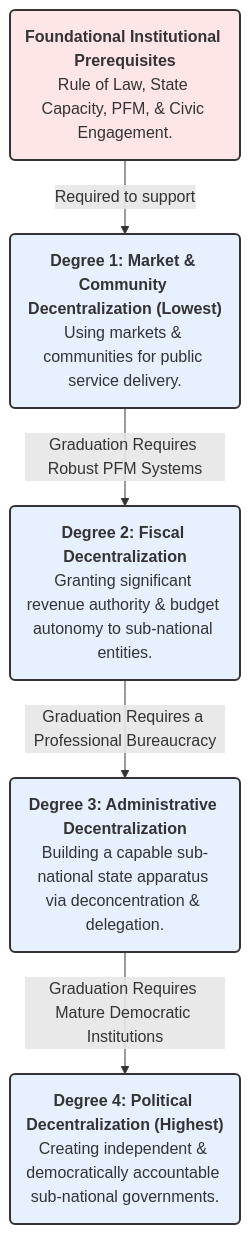
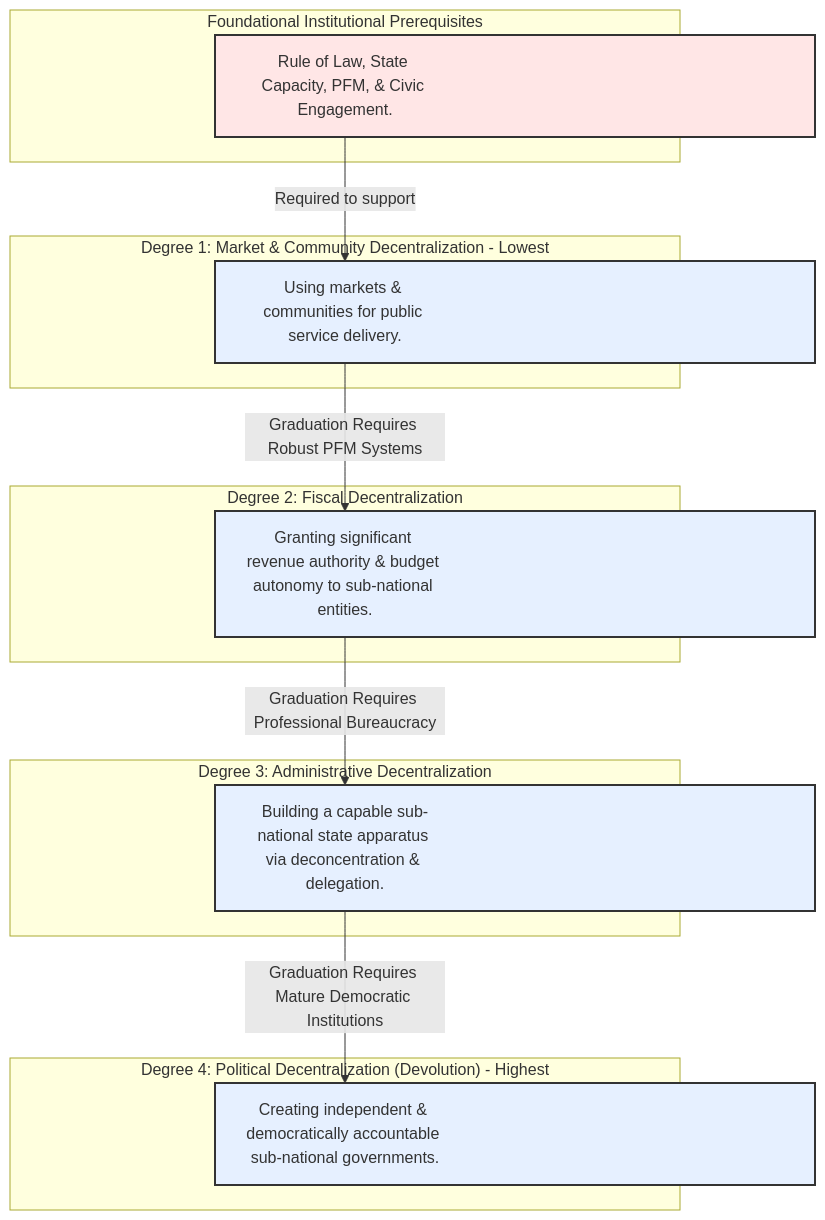
Before and after one commit to Aboutorabi/2.1.md: the diagram in 2.1.md, drawn with Mermaid.

````diff
--- a/2.1.md
+++ b/2.1.md
@@ -1,22 +1,46 @@
 ```mermaid
+%%{init: {'themeCSS': '.label foreignObject span { white-space: nowrap; text-align: center; }'}}%%
 graph TD
-    %% Define Nodes
-    D4("<b>Degree 4: Political Decentralization (Highest)</b><br>Creating independent & democratically accountable sub-national governments.")
-    D3("<b>Degree 3: Administrative Decentralization</b><br>Building a capable sub-national state apparatus via deconcentration & delegation.")
-    D2("<b>Degree 2: Fiscal Decentralization</b><br>Granting significant revenue authority & budget autonomy to sub-national entities.")
-    D1("<b>Degree 1: Market & Community Decentralization (Lowest)</b><br>Using markets & communities for public service delivery.")
-    F("<b>Foundational Institutional Prerequisites</b><br>Rule of Law, State Capacity, PFM, & Civic Engagement.")
+%% Styling (uniform widths, centered)
+    %% Degree 4
+    subgraph "Degree 4: Political Decentralization (Devolution) - Highest"
+        D4["Creating independent & democratically accountable sub-national governments."]
+    end
 
-    %% Define Links
+%% Styling (uniform widths, centered)
+    %% Degree 3
+    subgraph "Degree 3: Administrative Decentralization"
+        D3["Building a capable sub-national state apparatus via deconcentration & delegation."]
+    end
+
+%% Styling (uniform widths, centered)
+    %% Degree 2
+    subgraph "Degree 2: Fiscal Decentralization"
+        D2["Granting significant revenue authority & budget autonomy to sub-national entities."]
+    end
+
+%% Styling (uniform widths, centered)
+    %% Degree 1
+    subgraph "Degree 1: Market & Community Decentralization - Lowest"
+        D1["Using markets & communities for public service delivery."]
+    end
+
+    %% Styling (uniform widths, centered)
+    %% Prerequisites
+    subgraph "Foundational Institutional Prerequisites"
+        F["Rule of Law, State Capacity, PFM, & Civic Engagement."]
+    end
+
+    %% Arrows
     F -->|Required to support| D1
     D1 -->|Graduation Requires Robust PFM Systems| D2
-    D2 -->|Graduation Requires a Professional Bureaucracy| D3
+    D2 -->|Graduation Requires Professional Bureaucracy| D3
     D3 -->|Graduation Requires Mature Democratic Institutions| D4
 
-    %% Styling
-    style F fill:#ffe6e6,stroke:#333,stroke-width:2px
-    style D1 fill:#e6f0ff,stroke:#333,stroke-width:2px
-    style D2 fill:#e6f0ff,stroke:#333,stroke-width:2px
-    style D3 fill:#e6f0ff,stroke:#333,stroke-width:2px
-    style D4 fill:#e6f0ff,stroke:#333,stroke-width:2px
+    %% Styling (uniform widths, centered)
+    style F  fill:#ffe6e6,stroke:#333,stroke-width:2px,width:600px
+    style D1 fill:#e6f0ff,stroke:#333,stroke-width:2px,width:600px
+    style D2 fill:#e6f0ff,stroke:#333,stroke-width:2px,width:600px
+    style D3 fill:#e6f0ff,stroke:#333,stroke-width:2px,width:600px
+    style D4 fill:#e6f0ff,stroke:#333,stroke-width:2px,width:600px
 ```
````
